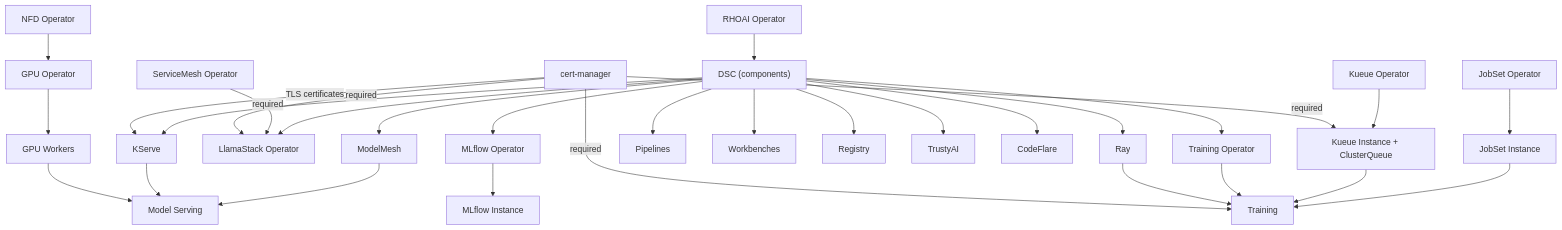
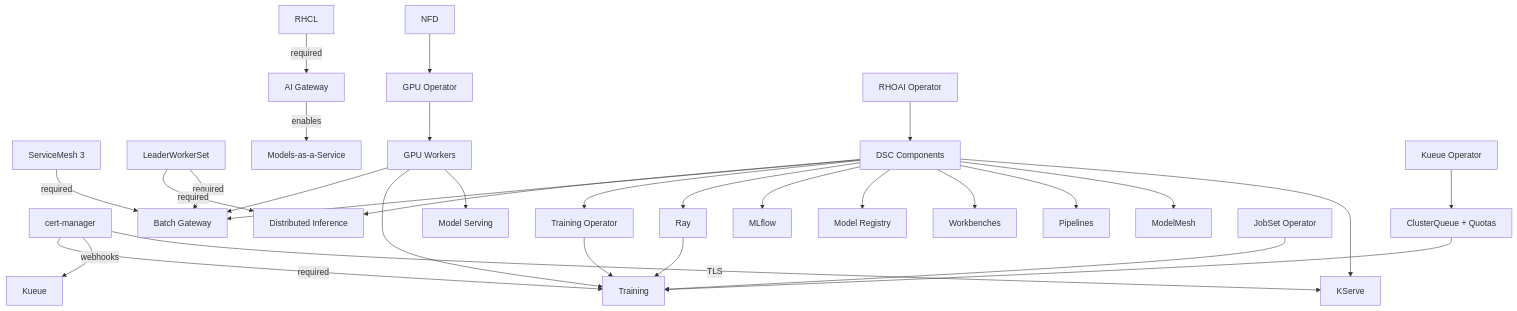
Before and after one commit to rrbanda/rhoai-deploy-gitops: the diagram in docs/capabilities/index.md, drawn with Mermaid. The commit also changed other lines of this file and 34 other files, not shown here.

````diff
--- a/docs/capabilities/index.md
+++ b/docs/capabilities/index.md
@@ -21,32 +25,32 @@
 ```mermaid
 graph TD
-  CertMgr["cert-manager"] -->|"TLS certificates"| KServe["KServe"]
-  CertMgr -->|"required"| KueueInst["Kueue Instance + ClusterQueue"]
+  CertMgr["cert-manager"] -->|"TLS"| KServe["KServe"]
+  CertMgr -->|"webhooks"| Kueue["Kueue"]
   CertMgr -->|"required"| Training["Training"]
-  CertMgr -->|"required"| LlamaStackOp["LlamaStack Operator"]
-  ServiceMesh["ServiceMesh Operator"] -->|"required"| LlamaStackOp
-  NFD["NFD Operator"] --> GPU["GPU Operator"]
-  KueueOp["Kueue Operator"] --> KueueInst
-  JobSetOp["JobSet Operator"] --> JobSetInst["JobSet Instance"]
-  RHOAI["RHOAI Operator"] --> DSC["DSC (components)"]
-  GPU --> GPUWorkers["GPU Workers"]
+  ServiceMesh["ServiceMesh 3"] -->|"required"| BatchGW["Batch Gateway"]
+  LWS["LeaderWorkerSet"] -->|"required"| BatchGW
+  LWS -->|"required"| DistInf["Distributed Inference"]
+  RHCL["RHCL"] -->|"required"| AIGateway["AI Gateway"]
+  AIGateway -->|"enables"| MaaS["Models-as-a-Service"]
+  NFD["NFD"] --> GPU["GPU Operator"]
+  GPU --> GPUNodes["GPU Workers"]
+  GPUNodes --> Serving["Model Serving"]
+  GPUNodes --> Training
+  GPUNodes --> BatchGW
+  RHOAI["RHOAI Operator"] --> DSC["DSC Components"]
   DSC --> KServe
   DSC --> ModelMesh["ModelMesh"]
   DSC --> Pipelines["Pipelines"]
   DSC --> Workbenches["Workbenches"]
-  DSC --> Registry["Registry"]
-  DSC --> TrustyAI["TrustyAI"]
-  DSC --> CodeFlare["CodeFlare"]
-  DSC --> MLflow["MLflow Operator"]
-  MLflow --> MLflowInst["MLflow Instance"]
-  DSC --> LlamaStackOp
-  GPUWorkers --> ModelServing["Model Serving"]
-  KServe --> ModelServing
-  ModelMesh --> ModelServing
+  DSC --> Registry["Model Registry"]
+  DSC --> MLflow["MLflow"]
   DSC --> Ray["Ray"]
   DSC --> TrainOp["Training Operator"]
+  DSC --> BatchGW
+  DSC --> DistInf
+  KueueOp["Kueue Operator"] --> KueueCfg["ClusterQueue + Quotas"]
+  KueueCfg --> Training
+  JobSet["JobSet Operator"] --> Training
   Ray --> Training
   TrainOp --> Training
-  KueueInst --> Training
-  JobSetInst --> Training
 ```
````
